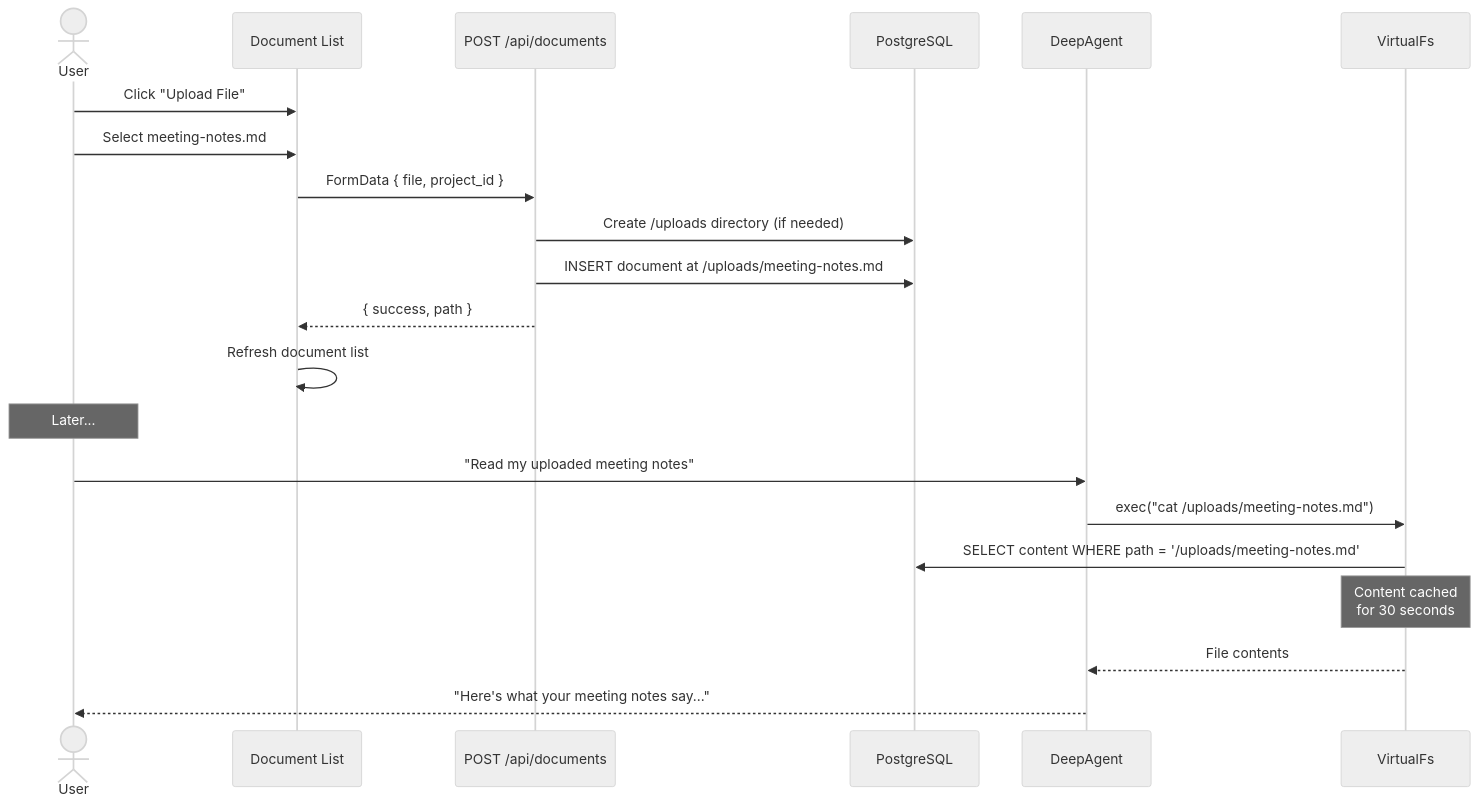
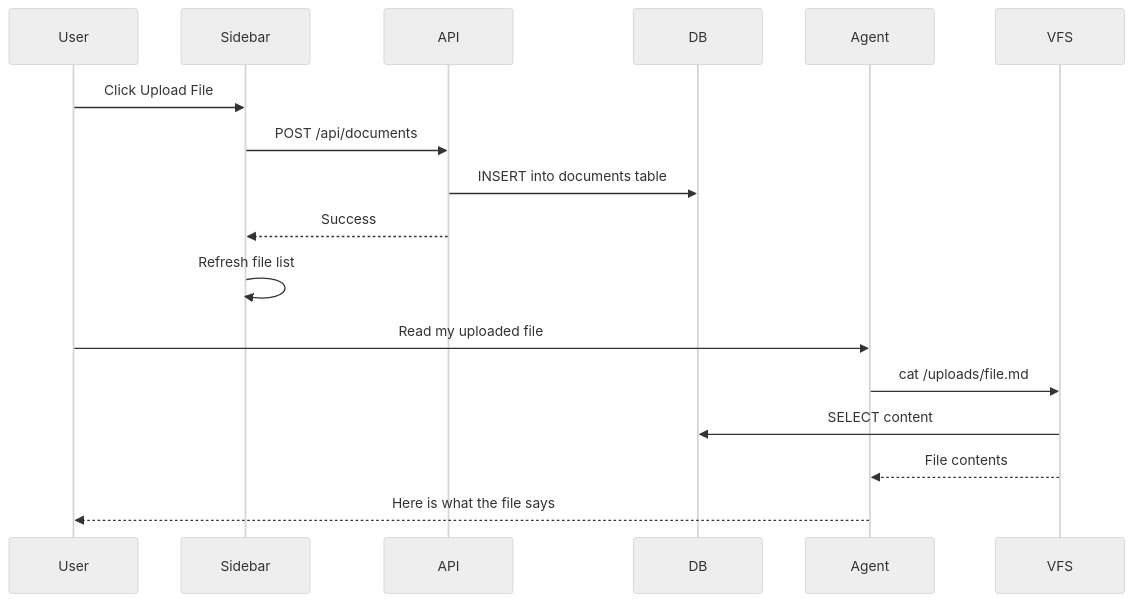
The third of 5 diagrams in README.md (potenlab/virual-vs-deep-agent), drawn with Mermaid (neutral theme) before and after one commit. The commit also changed other lines of this file, not shown here.

First line of the commit message:
Simplify README Mermaid diagrams for GitHub rendering

````diff
--- a/README.md
+++ b/README.md
@@ -119,26 +46,13 @@
 ```mermaid
 sequenceDiagram
-    actor User
-    participant Sidebar as Document List
-    participant API as POST /api/documents
-    participant DB as PostgreSQL
-    participant Agent as DeepAgent
-    participant VFS as VirtualFs
-
-    User->>Sidebar: Click "Upload File"
-    User->>Sidebar: Select meeting-notes.md
-    Sidebar->>API: FormData { file, project_id }
-
-    API->>DB: Create /uploads directory (if needed)
-    API->>DB: INSERT document at /uploads/meeting-notes.md
-    API-->>Sidebar: { success, path }
-    Sidebar->>Sidebar: Refresh document list
-
-    Note over User: Later...
-    User->>Agent: "Read my uploaded meeting notes"
-    Agent->>VFS: exec("cat /uploads/meeting-notes.md")
-    VFS->>DB: SELECT content WHERE path = '/uploads/meeting-notes.md'
-    Note over VFS: Content cached<br/>for 30 seconds
+    User->>Sidebar: Click Upload File
+    Sidebar->>API: POST /api/documents
+    API->>DB: INSERT into documents table
+    API-->>Sidebar: Success
+    Sidebar->>Sidebar: Refresh file list
+    User->>Agent: Read my uploaded file
+    Agent->>VFS: cat /uploads/file.md
+    VFS->>DB: SELECT content
     VFS-->>Agent: File contents
-    Agent-->>User: "Here's what your meeting notes say..."
+    Agent-->>User: Here is what the file says
 ```
````
